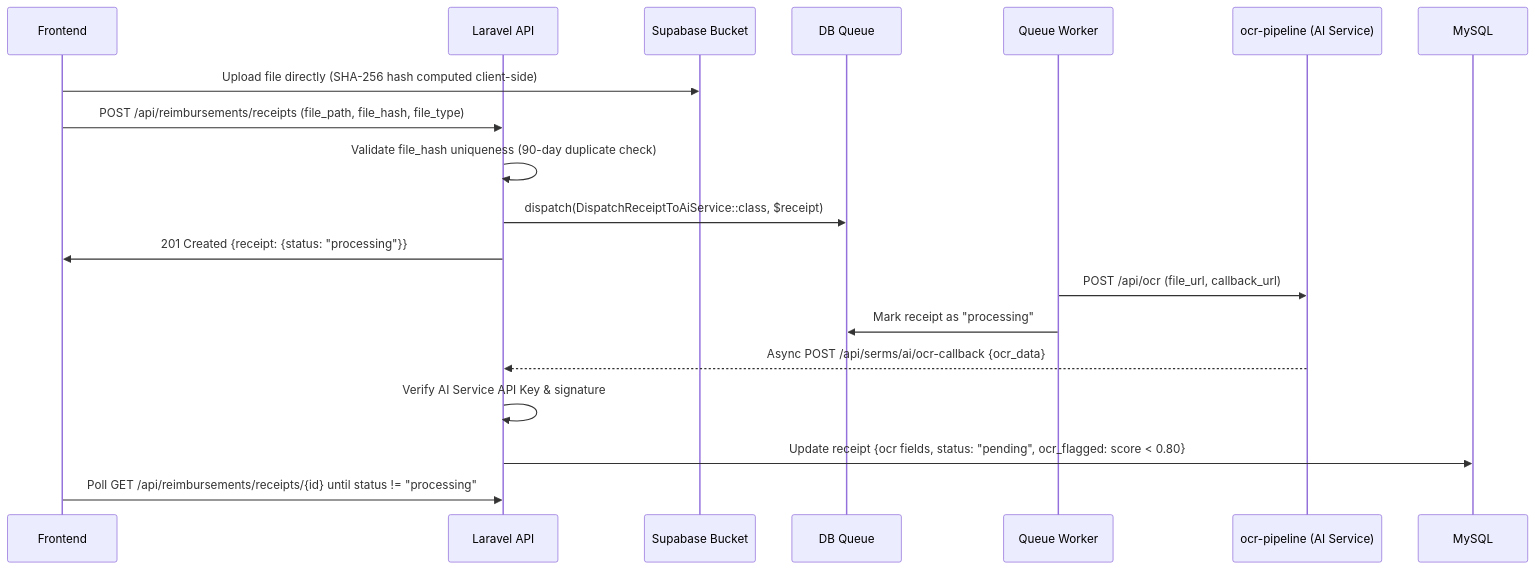
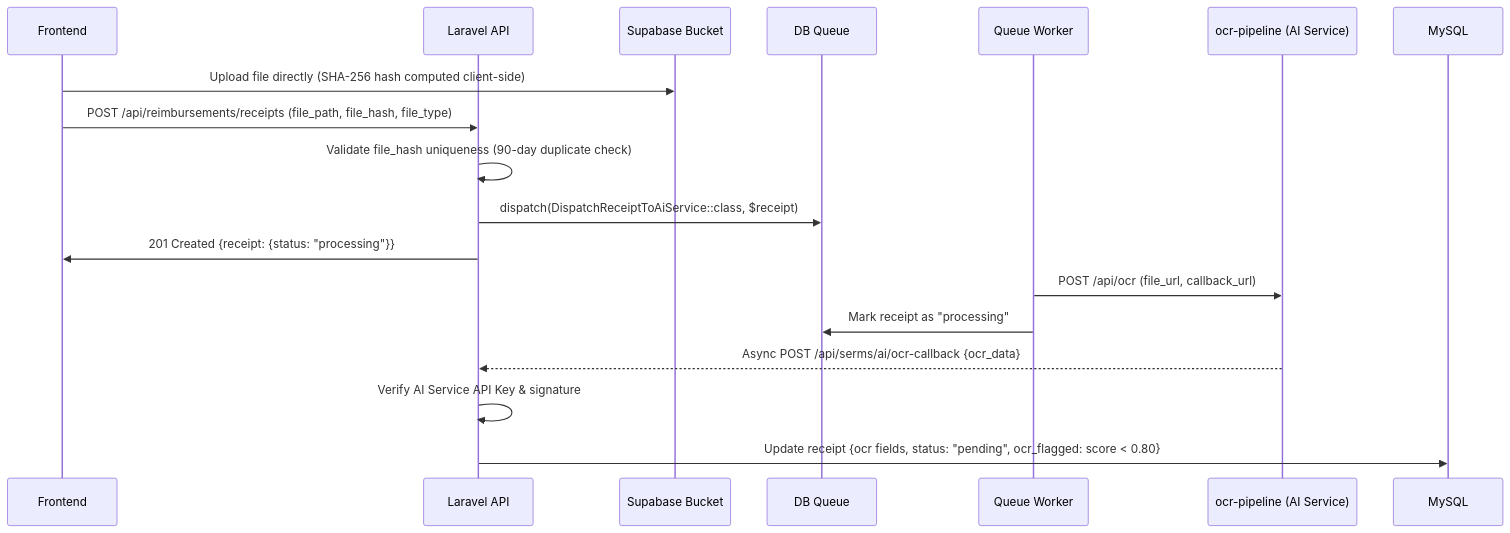
The third of 3 diagrams in docs/SERMS.md (Zanti00/smart-expense-reimbursement-management-system), drawn with Mermaid before and after one commit. The commit also changed other lines of this file and 28 other files, not shown here.

````diff
--- a/docs/SERMS.md
+++ b/docs/SERMS.md
@@ -201,21 +201,20 @@
 ```mermaid
 sequenceDiagram
     participant Frontend
     participant Laravel API
     participant Supabase Bucket
     participant DB Queue
     participant Queue Worker
     participant ocr-pipeline (AI Service)
 
     Frontend->>Supabase Bucket: Upload file directly (SHA-256 hash computed client-side)
     Frontend->>Laravel API: POST /api/reimbursements/receipts (file_path, file_hash, file_type)
     Laravel API->>Laravel API: Validate file_hash uniqueness (90-day duplicate check)
     Laravel API->>DB Queue: dispatch(DispatchReceiptToAiService::class, $receipt)
     Laravel API->>Frontend: 201 Created {receipt: {status: "processing"}}
     Queue Worker->>ocr-pipeline (AI Service): POST /api/ocr (file_url, callback_url)
     Queue Worker->>DB Queue: Mark receipt as "processing"
     ocr-pipeline (AI Service)-->>Laravel API: Async POST /api/serms/ai/ocr-callback {ocr_data}
     Laravel API->>Laravel API: Verify AI Service API Key & signature
     Laravel API->>MySQL: Update receipt {ocr fields, status: "pending", ocr_flagged: score < 0.80}
-    Frontend->>Laravel API: Poll GET /api/reimbursements/receipts/{id} until status != "processing"
 ```
````
